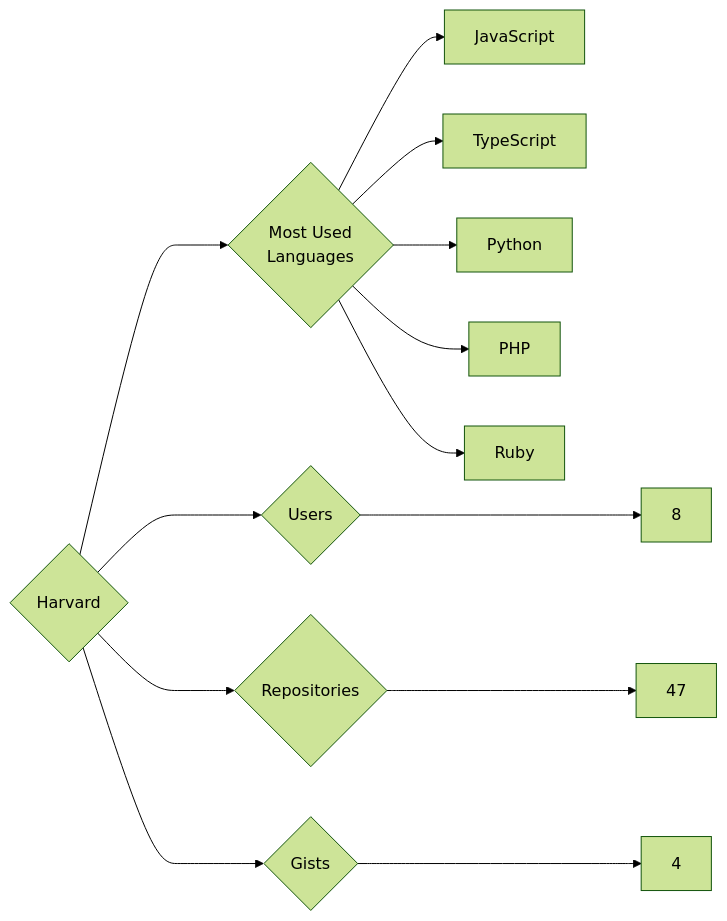
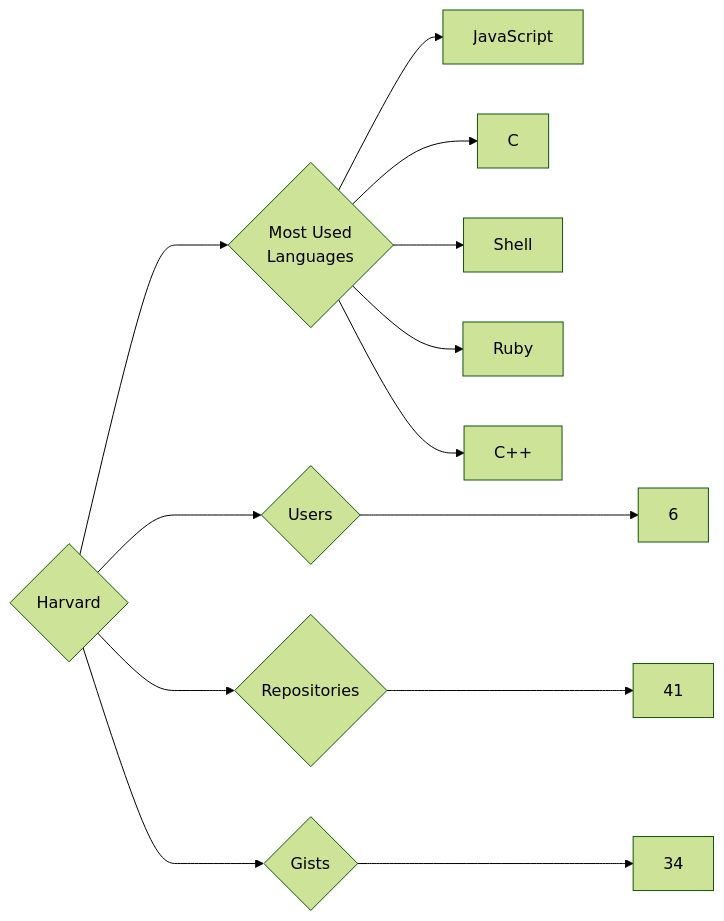
One commit to trickest/insiders changed the diagram in targets/Harvard/README.md. Above: the diagram before and after it, drawn with Mermaid (forest theme). The commit also changed 859 other files, not shown here.

````diff
--- a/targets/Harvard/README.md
+++ b/targets/Harvard/README.md
@@ -3,13 +3,13 @@
 ```mermaid
 graph LR
 COMPANY_NAME{Harvard}
-COMPANY_NAME ---> U{Users} ---> UN[8]
-COMPANY_NAME ---> R{Repositories} ---> RN[47]
-COMPANY_NAME ---> G{Gists} ---> GN[4]
+COMPANY_NAME ---> U{Users} ---> UN[6]
+COMPANY_NAME ---> R{Repositories} ---> RN[41]
+COMPANY_NAME ---> G{Gists} ---> GN[34]
 COMPANY_NAME ---> ML{Most Used<br>Languages}
 ML --> JavaScript[JavaScript]
-ML --> TypeScript[TypeScript]
-ML --> Python[Python]
-ML --> PHP[PHP]
+ML --> C[C]
+ML --> Shell[Shell]
 ML --> Ruby[Ruby]
+ML --> C++[C++]
 ```
````
